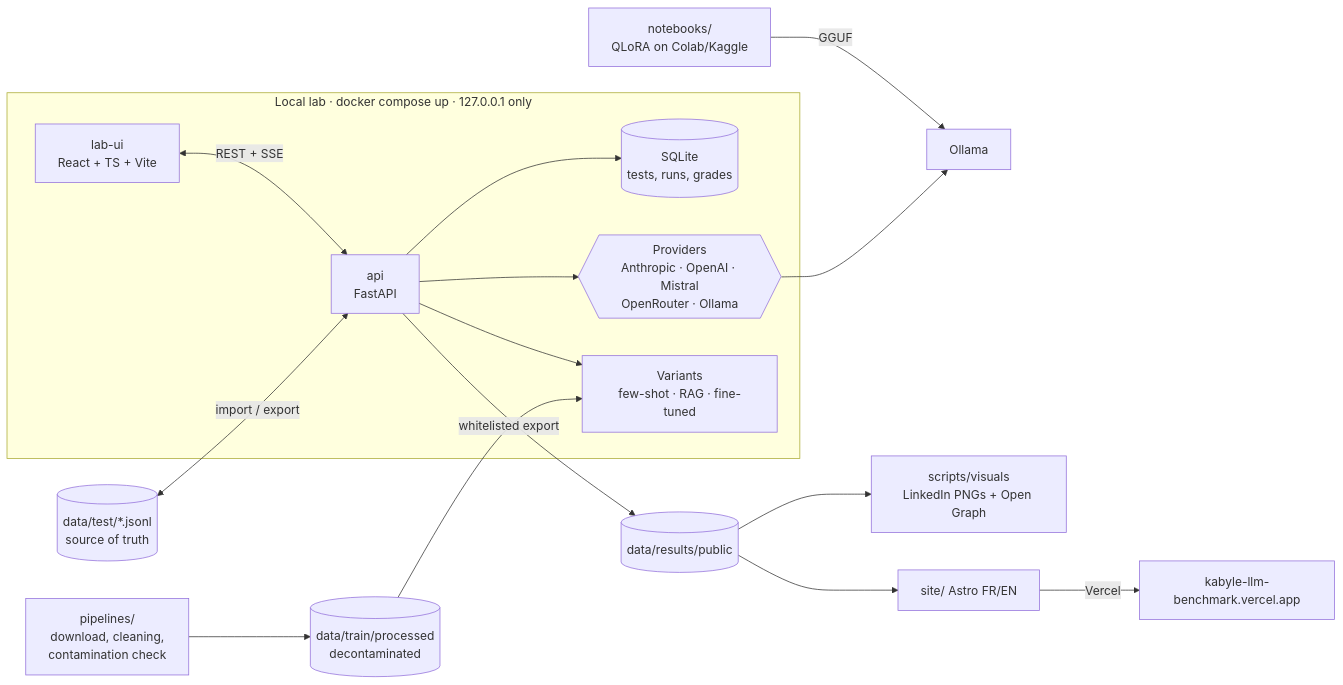
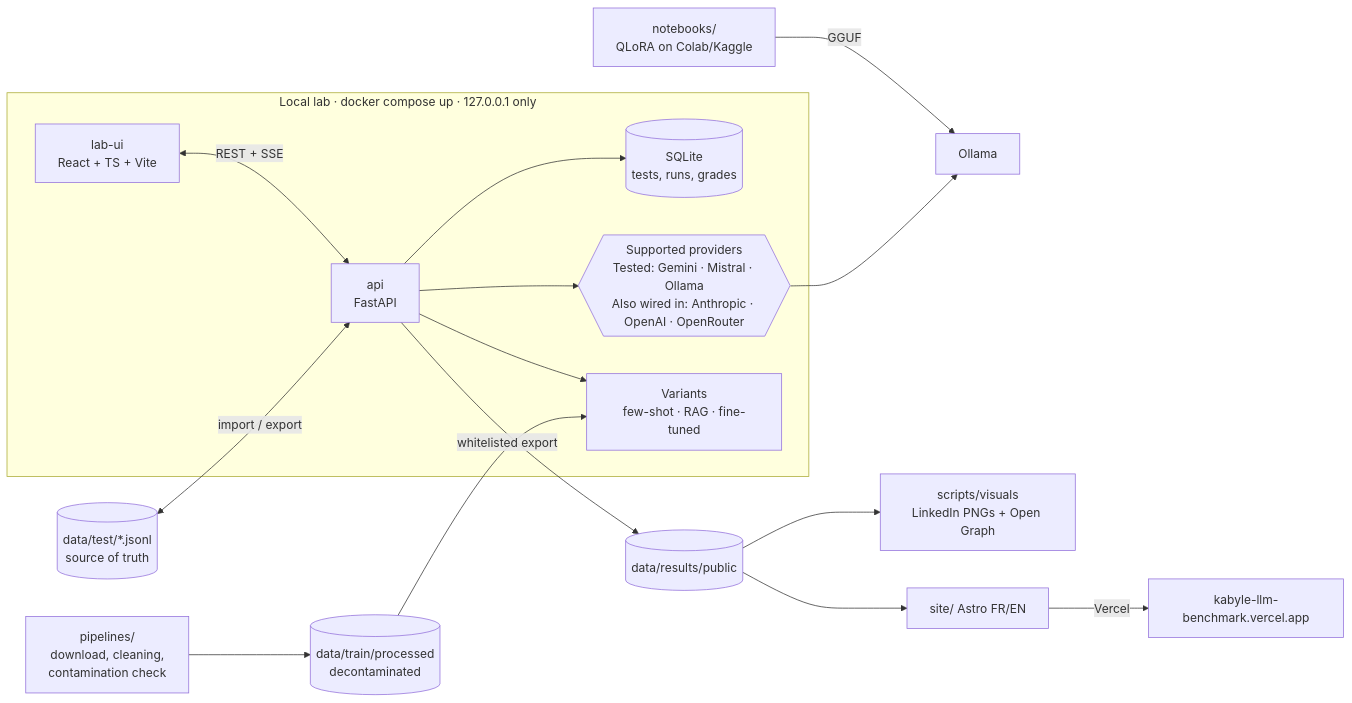
Before and after one commit to hasdaouiryma16-cmd/kabyle-llm-benchmark: the diagram in README.en.md, drawn with Mermaid. The commit also changed 1 other file, not shown here.

Commit message:
README : fournisseurs testés distingués des connecteurs disponibles

````diff
--- a/README.en.md
+++ b/README.en.md
@@ -45,17 +45,17 @@
 ```mermaid
 flowchart LR
   subgraph LAB["Local lab · docker compose up · 127.0.0.1 only"]
     UI["lab-ui<br/>React + TS + Vite"] <-->|"REST + SSE"| API["api<br/>FastAPI"]
     API --> DB[("SQLite<br/>tests, runs, grades")]
-    API --> P{{"Providers<br/>Anthropic · OpenAI · Mistral<br/>OpenRouter · Ollama"}}
+    API --> P{{"Supported providers<br/>Tested: Gemini · Mistral · Ollama<br/>Also wired in: Anthropic · OpenAI · OpenRouter"}}
     API --> V["Variants<br/>few-shot · RAG · fine-tuned"]
   end
   T[("data/test/*.jsonl<br/>source of truth")] <-->|"import / export"| API
   TR[("data/train/processed<br/>decontaminated")] --> V
   PIPE["pipelines/<br/>download, cleaning,<br/>contamination check"] --> TR
   NB["notebooks/<br/>QLoRA on Colab/Kaggle"] -->|"GGUF"| OL["Ollama"]
   P --> OL
   API -->|"whitelisted export"| R[("data/results/public")]
   R --> VIS["scripts/visuals<br/>LinkedIn PNGs + Open Graph"]
   R --> S["site/ Astro FR/EN"] -->|"Vercel"| GP["kabyle-llm-benchmark.vercel.app"]
 ```
````
